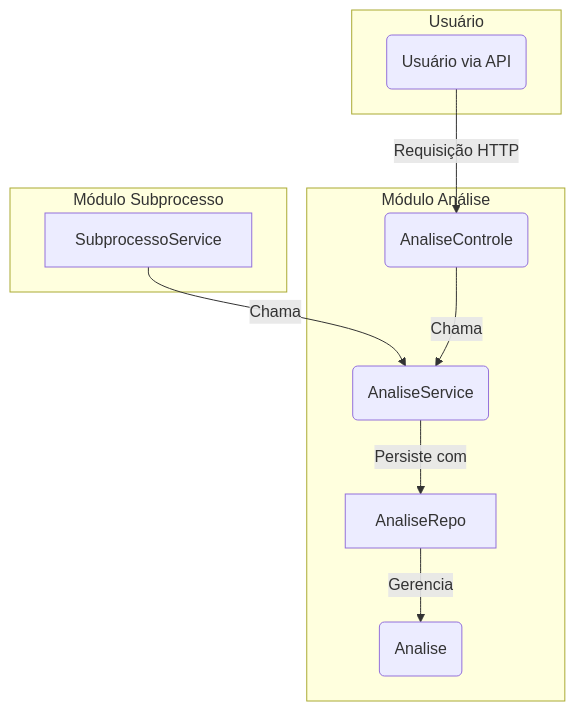
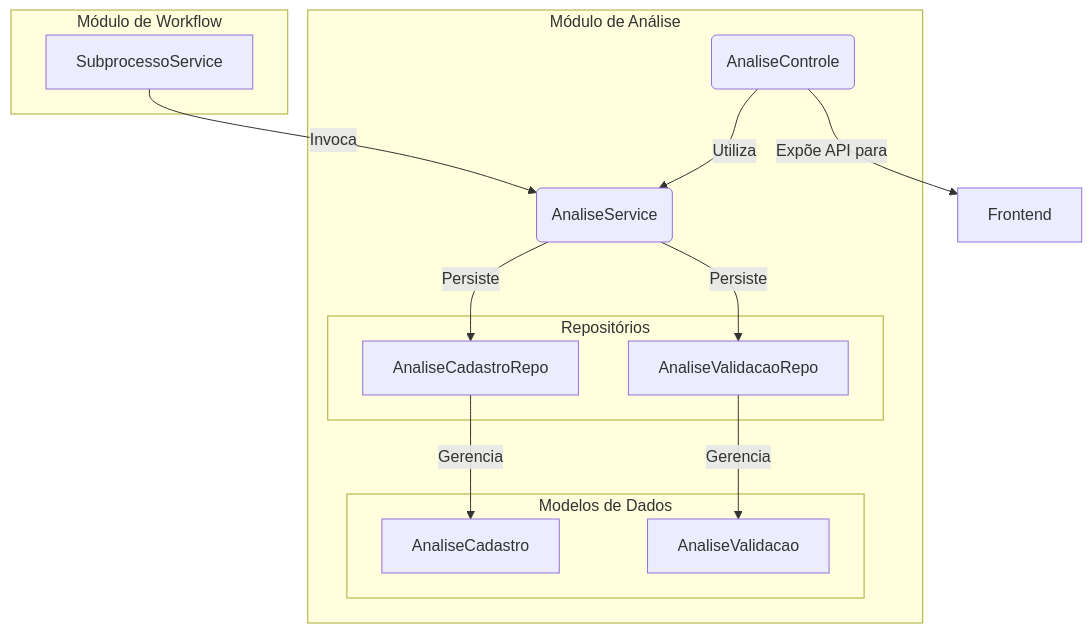
One commit to lgalvao/sgc changed the diagram in backend/src/main/java/sgc/analise/README.md. Above: the diagram before and after it, drawn with Mermaid. The commit also changed other lines of this file and 12 other files, not shown here.

````diff
--- a/backend/src/main/java/sgc/analise/README.md
+++ b/backend/src/main/java/sgc/analise/README.md
@@ -33,25 +14,28 @@
 ```mermaid
 graph TD
-    subgraph "Módulo Subprocesso"
-        A[SubprocessoService]
+    subgraph "Módulo de Workflow"
+        SP[SubprocessoService]
     end
 
-    subgraph "Módulo Análise"
-        B(AnaliseControle)
-        C(AnaliseService)
-        E[AnaliseRepo]
-        G(Analise)
+    subgraph "Módulo de Análise"
+        Service(AnaliseService)
+        Controle(AnaliseControle)
+        subgraph "Modelos de Dados"
+            AC[AnaliseCadastro]
+            AV[AnaliseValidacao]
+        end
+        subgraph "Repositórios"
+            ACRepo[AnaliseCadastroRepo]
+            AVRepo[AnaliseValidacaoRepo]
+        end
     end
 
-    subgraph "Usuário"
-        U(Usuário via API)
-    end
+    SP -- Invoca --> Service
 
-    A -- Chama --> C
+    Controle -- Expõe API para --> Frontend
+    Controle -- Utiliza --> Service
 
-    U -- Requisição HTTP --> B
-    B -- Chama --> C
-
-    C -- Persiste com --> E
-    E -- Gerencia --> G
+    Service -- Persiste --> ACRepo & AVRepo
+    ACRepo -- Gerencia --> AC
+    AVRepo -- Gerencia --> AV
 ```
````
